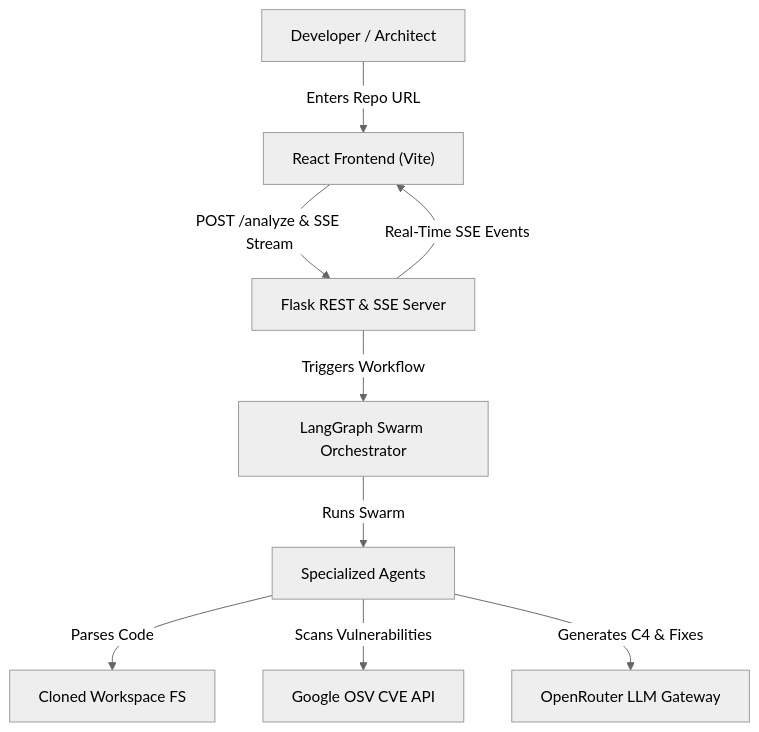
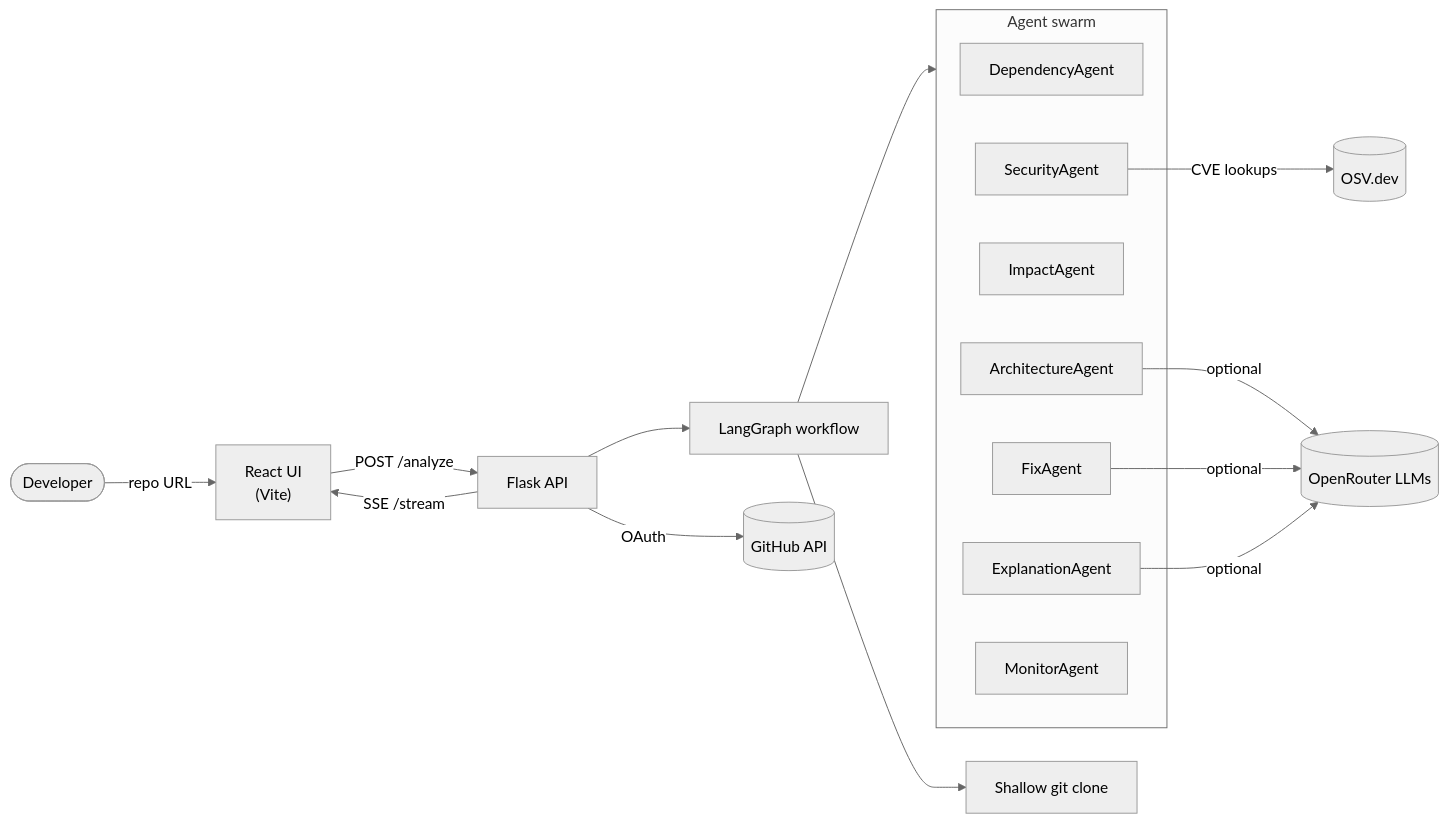
The diagram in README.md (Atharvchaskar008/Argus), drawn with Mermaid (neutral theme) before and after one commit. The commit also changed other lines of this file and 1 other file, not shown here.

````diff
--- a/README.md
+++ b/README.md
@@ -150,20 +45,23 @@
 ```mermaid
-flowchart TD
-    User["Developer / Architect"]
-    FE["React Frontend (Vite)"]
-    API["Flask REST & SSE Server"]
-    Orch["LangGraph Swarm Orchestrator"]
-    Agents["Specialized Agents"]
-    LLM["OpenRouter LLM Gateway"]
-    OSV["Google OSV CVE API"]
-    FS["Cloned Workspace FS"]
+flowchart LR
+    User(["Developer"]) -->|repo URL| UI["React UI<br/>(Vite)"]
+    UI -->|"POST /analyze"| API["Flask API"]
+    API -->|"SSE /stream"| UI
+    API --> WF["LangGraph workflow"]
+    WF --> Clone["Shallow git clone"]
+    WF --> Agents
 
-    User -->|Enters Repo URL| FE
-    FE -->|POST /analyze & SSE Stream| API
-    API -->|Triggers Workflow| Orch
-    Orch -->|Runs Swarm| Agents
-    Agents -->|Parses Code| FS
-    Agents -->|Scans Vulnerabilities| OSV
-    Agents -->|Generates C4 & Fixes| LLM
-    API -->|Real-Time SSE Events| FE
+    subgraph Agents["Agent swarm"]
+        Dep["DependencyAgent"]
+        Sec["SecurityAgent"]
+        Imp["ImpactAgent"]
+        Arch["ArchitectureAgent"]
+        Fix["FixAgent"]
+        Exp["ExplanationAgent"]
+        Mon["MonitorAgent"]
+    end
+
+    Sec -->|CVE lookups| OSV[("OSV.dev")]
+    Arch & Fix & Exp -->|optional| LLM[("OpenRouter LLMs")]
+    API -->|OAuth| GH[("GitHub API")]
 ```
````
